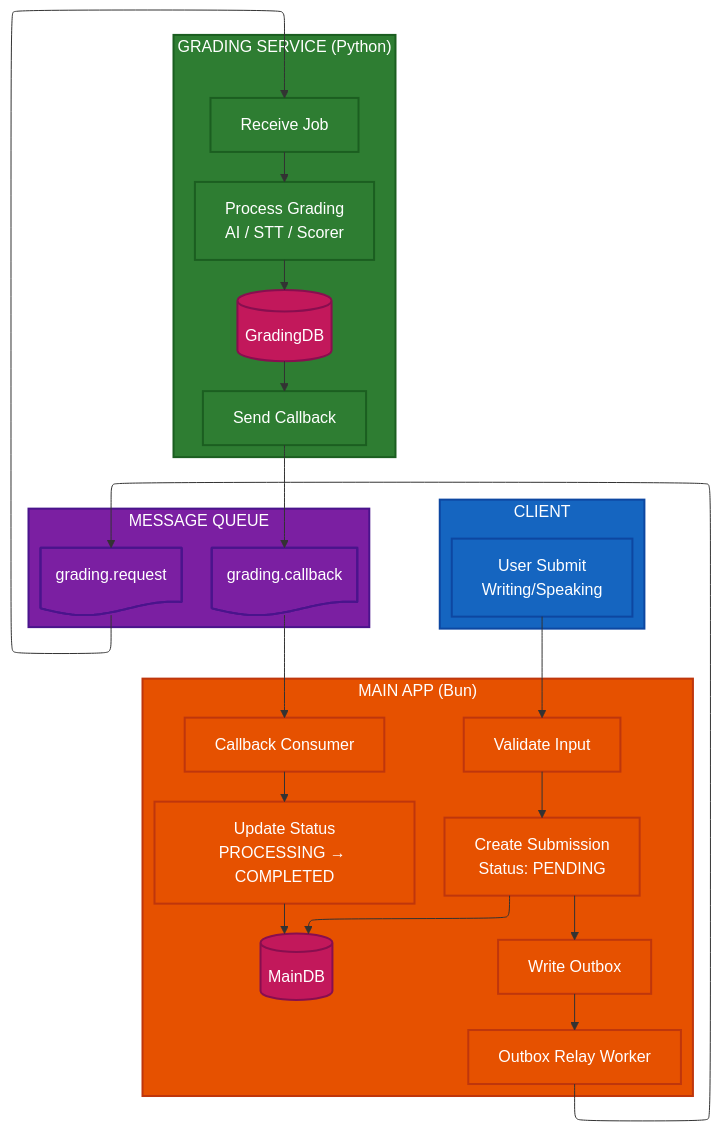
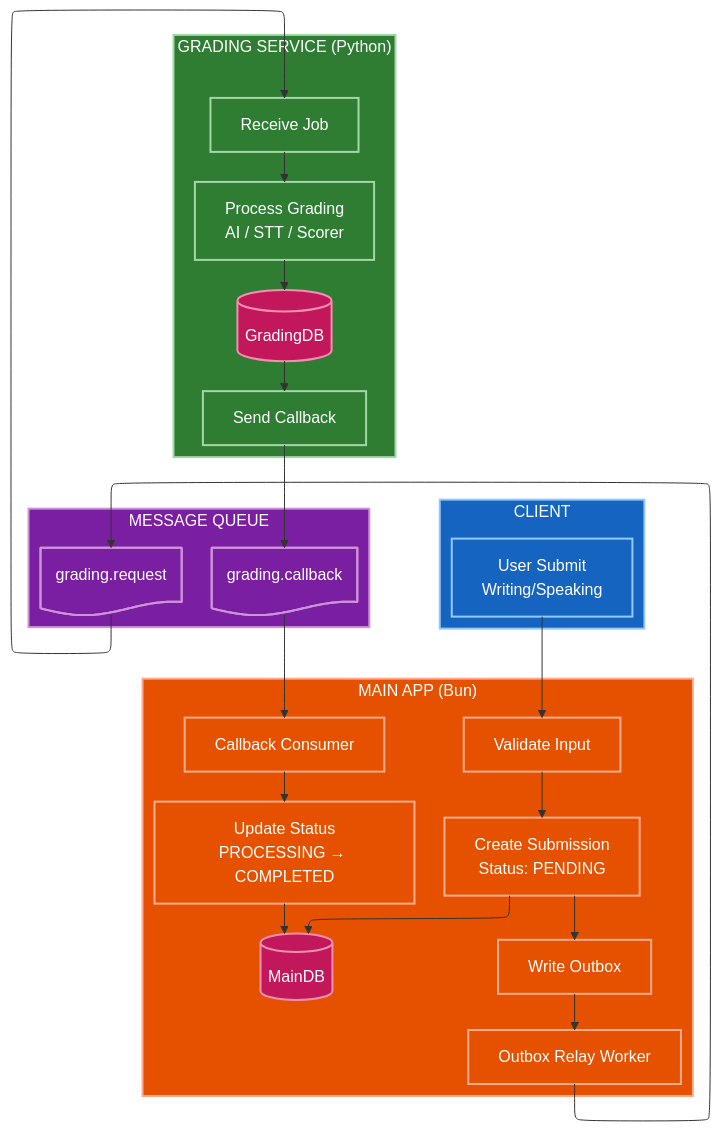
The second of 12 diagrams in docs/capstone/diagrams/flow-diagrams.vi.md (nghyane/VSTEP), drawn with Mermaid before and after one commit. The commit also changed other lines of this file, not shown here.

First line of the commit message:
fix(docs): optimize diagram colors for dark/light mode compatibility

````diff
--- a/docs/capstone/diagrams/flow-diagrams.vi.md
+++ b/docs/capstone/diagrams/flow-diagrams.vi.md
@@ -83,52 +83,52 @@
 ```mermaid
 ---
 config:
   layout: elk
 ---
 flowchart TB
     subgraph Client["CLIENT"]
         User["User Submit<br/>Writing/Speaking"]
     end
 
     subgraph Bun["MAIN APP (Bun)"]
         direction TB
         Validate["Validate Input"]
         CreateSub["Create Submission<br/>Status: PENDING"]
         SaveDB[("MainDB")]
         WriteOutbox["Write Outbox"]
         Relay["Outbox Relay Worker"]
         Consume["Callback Consumer"]
         UpdateStatus["Update Status<br/>PROCESSING → COMPLETED"]
     end
 
     subgraph Queue["MESSAGE QUEUE"]
         ReqQueue@{ shape: doc, label: "grading.request" }
         CbQueue@{ shape: doc, label: "grading.callback" }
     end
 
     subgraph Python["GRADING SERVICE (Python)"]
         direction TB
         Receive["Receive Job"]
         Process["Process Grading<br/>AI / STT / Scorer"]
         SaveGrade[("GradingDB")]
         SendCb["Send Callback"]
     end
 
     User --> Validate --> CreateSub --> SaveDB
     CreateSub --> WriteOutbox
     WriteOutbox --> Relay --> ReqQueue --> Receive
     Receive --> Process --> SaveGrade --> SendCb --> CbQueue --> Consume
     Consume --> UpdateStatus --> SaveDB
 
-    classDef client fill:#1565c0,stroke:#0d47a1,stroke-width:2px,color:#fff
-    classDef bun fill:#e65100,stroke:#bf360c,stroke-width:2px,color:#fff
-    classDef queue fill:#7b1fa2,stroke:#4a148c,stroke-width:2px,color:#fff
-    classDef python fill:#2e7d32,stroke:#1b5e20,stroke-width:2px,color:#fff
-    classDef db fill:#c2185b,stroke:#880e4f,stroke-width:2px,color:#fff
+    classDef client fill:#1565c0,stroke:#90caf9,stroke-width:2px,color:#fff
+    classDef bun fill:#e65100,stroke:#ffab91,stroke-width:2px,color:#fff
+    classDef queue fill:#7b1fa2,stroke:#ce93d8,stroke-width:2px,color:#fff
+    classDef python fill:#2e7d32,stroke:#a5d6a7,stroke-width:2px,color:#fff
+    classDef db fill:#c2185b,stroke:#f48fb1,stroke-width:2px,color:#fff
 
     class Client,User client
     class Bun,Validate,CreateSub,WriteOutbox,Relay,Consume,UpdateStatus bun
     class Queue,ReqQueue,CbQueue queue
     class Python,Receive,Process,SendCb python
     class SaveDB,SaveGrade db
 ```
````
